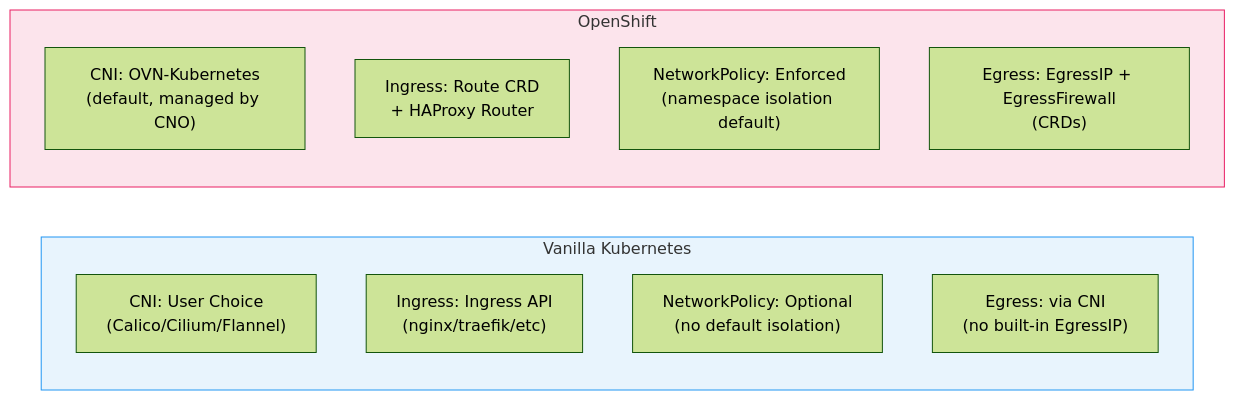
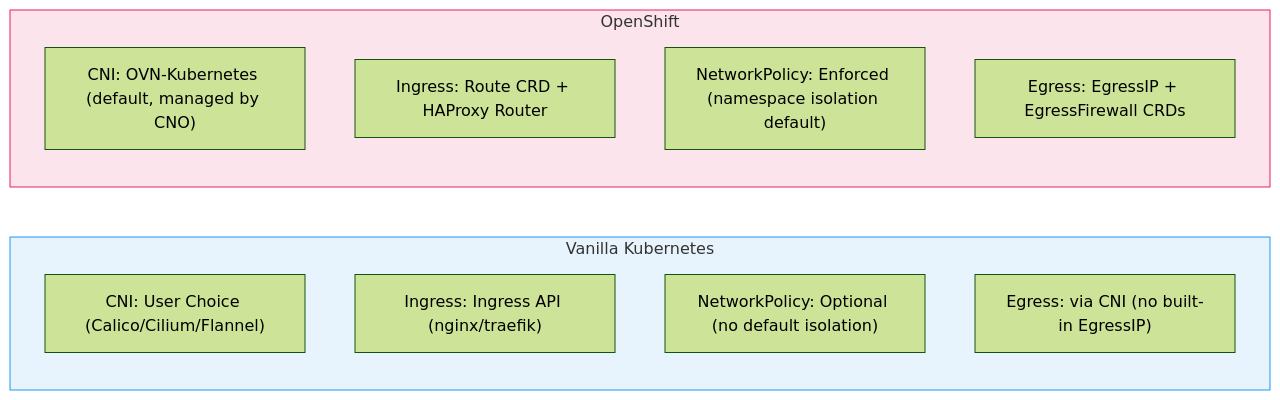
One commit to MykolaLebid/Kubernetes_networking_engineering changed the first of 3 diagrams in lessons/25-openshift-networking-overview.md. Above: the diagram before and after it, drawn with Mermaid (forest theme). The commit also changed other lines of this file and 35 other files, not shown here.

First line of the commit message:
Restructure all 34 lessons: Theory/Practice split, richer diagrams, industry examples, navigation

````diff
--- a/lessons/25-openshift-networking-overview.md
+++ b/lessons/25-openshift-networking-overview.md
@@ -34,19 +16,19 @@
 ```mermaid
 flowchart LR
     subgraph Vanilla["Vanilla Kubernetes"]
-        v_cni["CNI: User Choice\n(Calico/Cilium/Flannel)"]
-        v_ing["Ingress: Ingress API\n(nginx/traefik/etc)"]
-        v_np["NetworkPolicy: Optional\n(no default isolation)"]
-        v_eg["Egress: via CNI\n(no built-in EgressIP)"]
+        v_cni["CNI: User Choice (Calico/Cilium/Flannel)"]
+        v_ing["Ingress: Ingress API (nginx/traefik)"]
+        v_np["NetworkPolicy: Optional (no default isolation)"]
+        v_eg["Egress: via CNI (no built-in EgressIP)"]
     end
 
     subgraph OCP["OpenShift"]
-        o_cni["CNI: OVN-Kubernetes\n(default, managed by CNO)"]
-        o_ing["Ingress: Route CRD\n+ HAProxy Router"]
-        o_np["NetworkPolicy: Enforced\n(namespace isolation default)"]
-        o_eg["Egress: EgressIP + EgressFirewall\n(CRDs)"]
+        o_cni["CNI: OVN-Kubernetes (default, managed by CNO)"]
+        o_ing["Ingress: Route CRD + HAProxy Router"]
+        o_np["NetworkPolicy: Enforced (namespace isolation default)"]
+        o_eg["Egress: EgressIP + EgressFirewall CRDs"]
     end
 
     style Vanilla fill:#e8f4fd,stroke:#2196F3
     style OCP fill:#fce4ec,stroke:#E91E63
 ```
````
